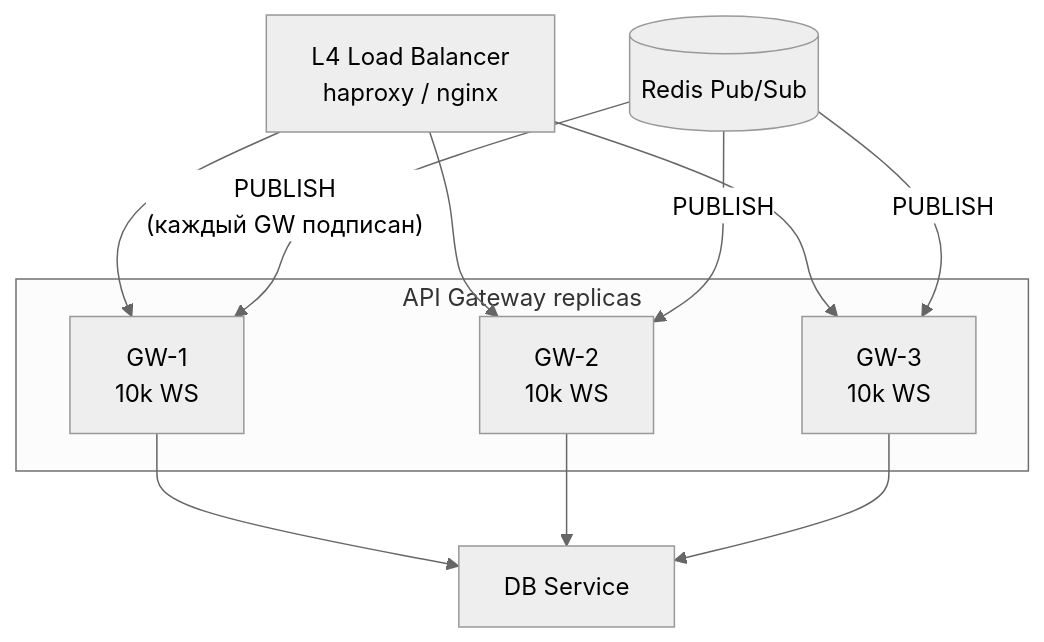
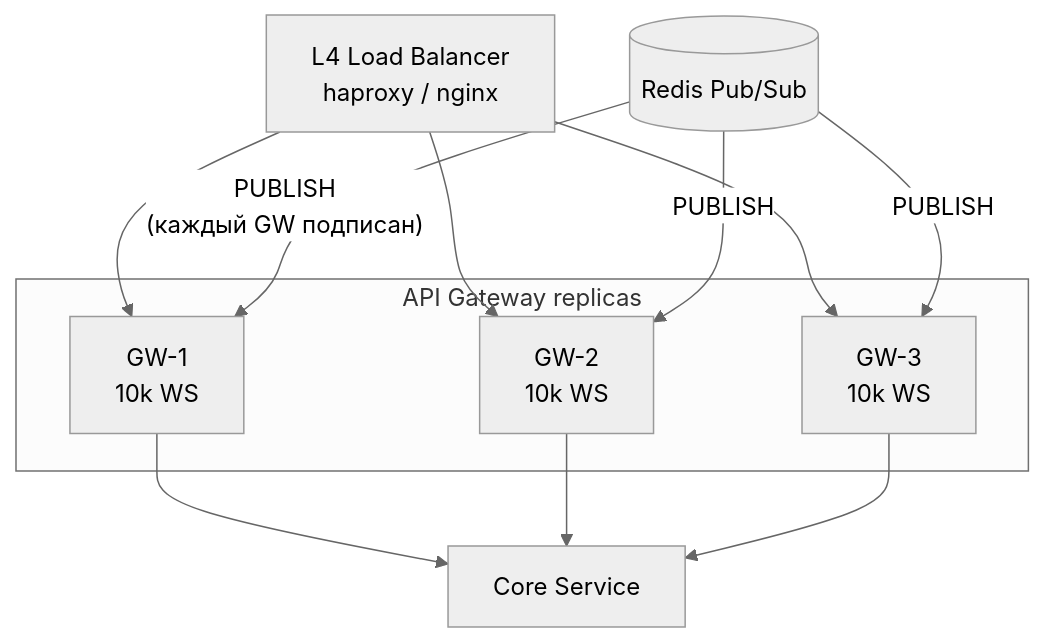
Before and after one commit to r4m63/Stockyard: the second of 3 diagrams in docs/architecture/08-scaling.md, drawn with Mermaid (neutral theme). The commit also changed other lines of this file and 26 other files, not shown here.

First line of the commit message:
docs(arch): add storage operations, ADRs 007-009, rename DB Service to Core Service

````diff
--- a/docs/architecture/08-scaling.md
+++ b/docs/architecture/08-scaling.md
@@ -155,25 +155,25 @@
 ```mermaid
 graph TB
     LB["L4 Load Balancer<br/>haproxy / nginx"]
 
     subgraph GWs["API Gateway replicas"]
         G1["GW-1<br/>10k WS"]
         G2["GW-2<br/>10k WS"]
         G3["GW-3<br/>10k WS"]
     end
 
     Rds[("Redis Pub/Sub")]
-    DB["DB Service"]
+    DB["Core Service"]
 
     LB --> G1
     LB --> G2
     LB --> G3
 
     Rds -->|"PUBLISH<br/>(каждый GW подписан)"| G1
     Rds -->|"PUBLISH"| G2
     Rds -->|"PUBLISH"| G3
 
     G1 --> DB
     G2 --> DB
     G3 --> DB
 ```
````
